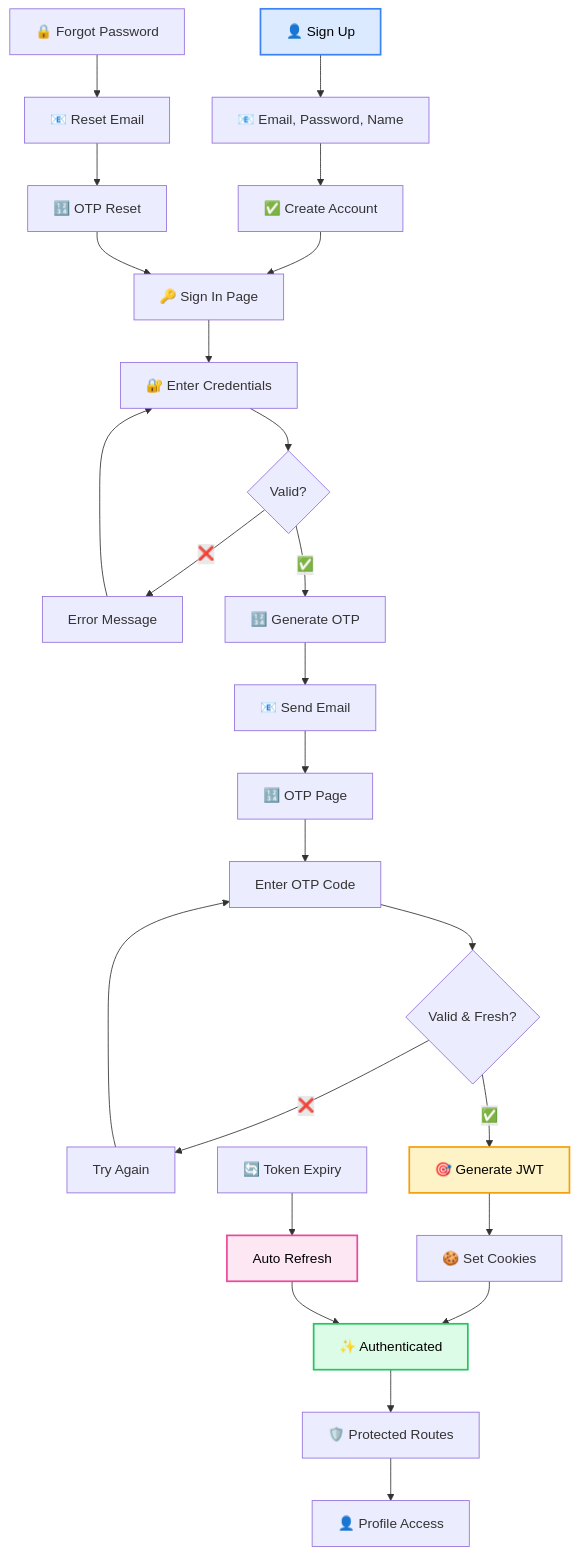
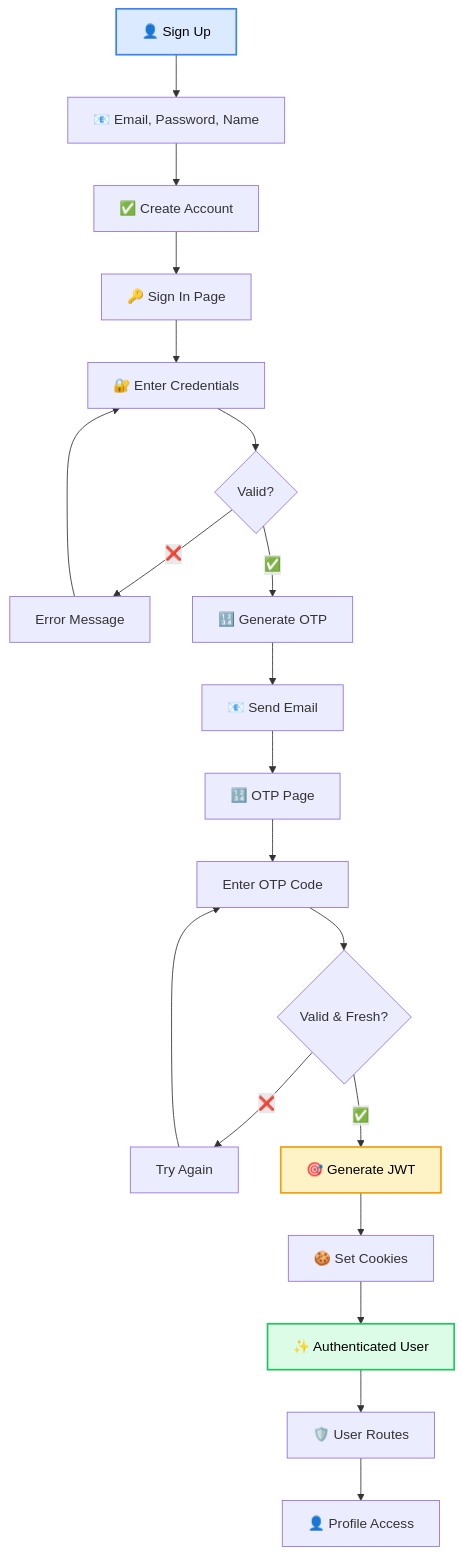
One commit to sinanptm/full-stack-template changed the first of 3 diagrams in README.md. Above: the diagram before and after it, drawn with Mermaid. The commit also changed other lines of this file, not shown here.

````diff
--- a/README.md
+++ b/README.md
@@ -25,37 +30,29 @@
 ```mermaid
 graph TB
     A[👤 Sign Up] --> B[📧 Email, Password, Name]
     B --> C[✅ Create Account]
     C --> D[🔑 Sign In Page]
     
     D --> E[🔐 Enter Credentials]
     E --> F{Valid?}
     F -->|❌| G[Error Message]
     G --> E
     F -->|✅| H[🔢 Generate OTP]
     H --> I[📧 Send Email]
     I --> J[🔢 OTP Page]
     
     J --> K[Enter OTP Code]
     K --> L{Valid & Fresh?}
     L -->|❌| M[Try Again]
     M --> K
     L -->|✅| N[🎯 Generate JWT]
     N --> O[🍪 Set Cookies]
-    O --> P[✨ Authenticated]
+    O --> P[✨ Authenticated User]
     
-    P --> Q[🛡️ Protected Routes]
+    P --> Q[🛡️ User Routes]
     Q --> R[👤 Profile Access]
-    
-    S[🔄 Token Expiry] --> T[Auto Refresh]
-    T --> P
-    
-    U[🔒 Forgot Password] --> V[📧 Reset Email]
-    V --> W[🔢 OTP Reset]
-    W --> D
     
     style A fill:#dbeafe,stroke:#3b82f6,stroke-width:2px,color:#000000
     style P fill:#dcfce7,stroke:#22c55e,stroke-width:2px,color:#000000
     style N fill:#fef3c7,stroke:#f59e0b,stroke-width:2px,color:#000000
-    style T fill:#fce7f3,stroke:#ec4899,stroke-width:2px,color:#000000
 ```
````
